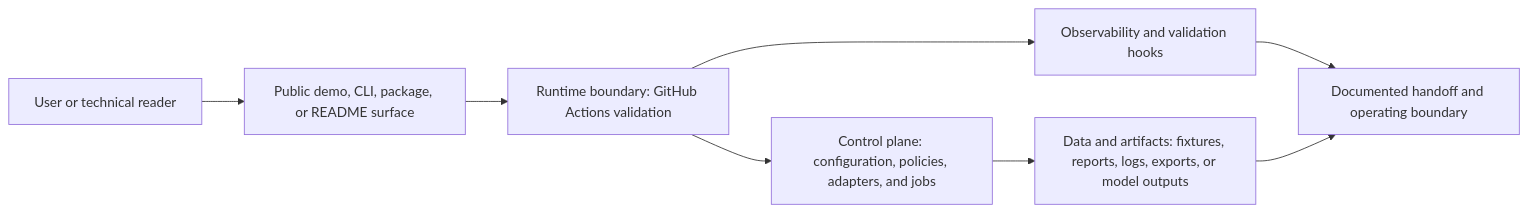
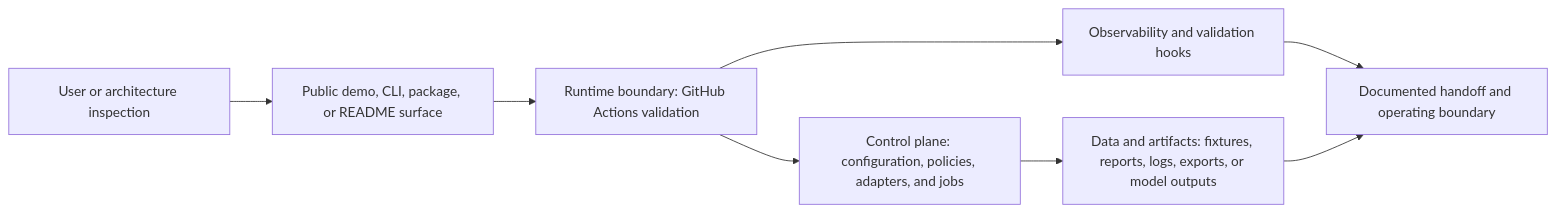
One commit to KIM3310/KIM3310 changed the diagram in docs/system-architecture.md. Above: the diagram before and after it, drawn with Mermaid. The commit also changed 13 other files, not shown here.

Commit message:
Polish architecture-centered repository surfaces

````diff
--- a/docs/system-architecture.md
+++ b/docs/system-architecture.md
@@ -18,10 +18,10 @@
 ```mermaid
 flowchart LR
-    User["User or technical reader"] --> Surface["Public demo, CLI, package, or README surface"]
+    User["User or architecture inspection"] --> Surface["Public demo, CLI, package, or README surface"]
     Surface --> Runtime["Runtime boundary: GitHub Actions validation"]
     Runtime --> Control["Control plane: configuration, policies, adapters, and jobs"]
     Control --> Data["Data and artifacts: fixtures, reports, logs, exports, or model outputs"]
     Runtime --> Observability["Observability and validation hooks"]
     Observability --> Handoff["Documented handoff and operating boundary"]
     Data --> Handoff
 ```
````
